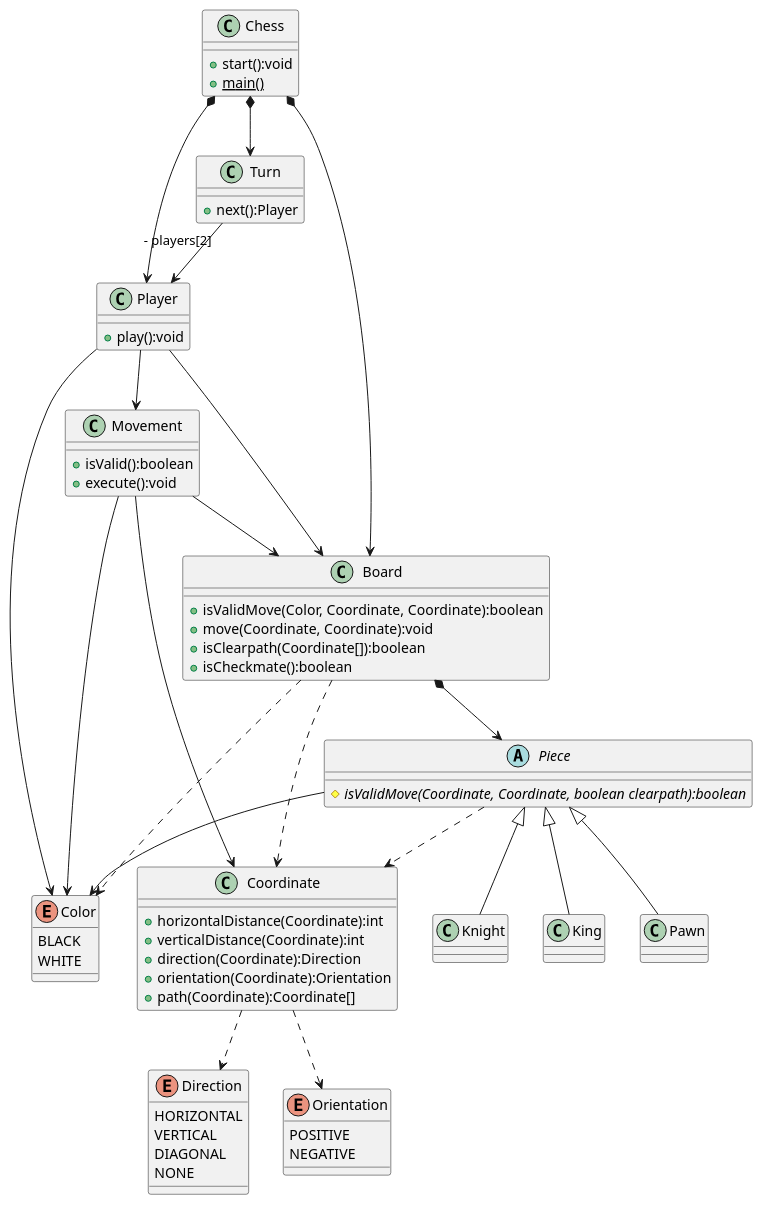
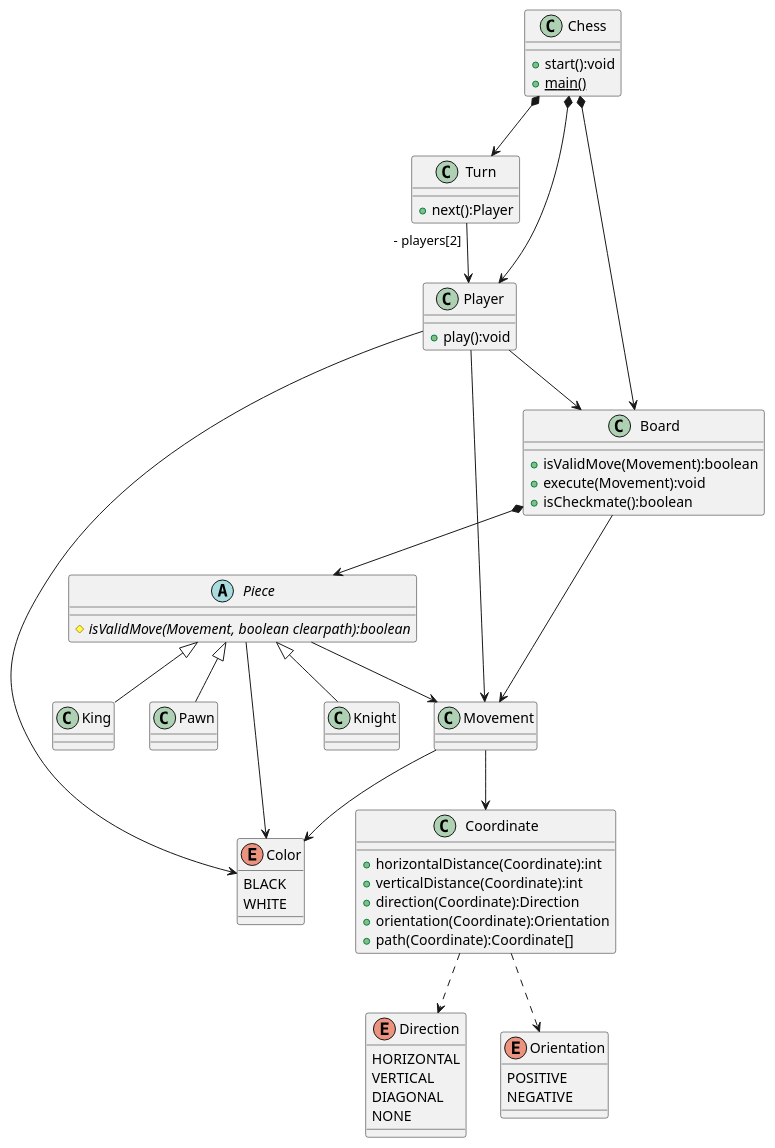
One commit to ioni5/chess changed the diagram in docs/chess.puml. Above: the diagram before and after it, drawn with PlantUML. The commit also changed 10 other files, not shown here.

```diff
--- a/docs/chess.puml
+++ b/docs/chess.puml
@@ -1,82 +1,75 @@
 @startuml chess
 
 class Chess {
     + start():void
     + {static} main()
 }
 
 Chess *--> Board
 Chess *--> Player
 Chess *--> Turn
 
 Turn "- players[2]" --> Player
 
 class Turn {
     + next():Player
 }
 
 Player --> Board
 Player --> Color
 Player --> Movement
 
 Movement --> Coordinate
 Movement --> Color
-Movement --> Board
 
-class Movement {
-    + isValid():boolean
-    + execute():void
-}
 
 class Player {
     + play():void
 }
 
 
 class Board {
-    + isValidMove(Color, Coordinate, Coordinate):boolean
-    + move(Coordinate, Coordinate):void
-    + isClearpath(Coordinate[]):boolean
+    + isValidMove(Movement):boolean
+    + execute(Movement):void
     + isCheckmate():boolean
 }
 
-Board ..> Coordinate
-Board ..> Color
 Board *--> Piece
+Board --> Movement
 Piece --> Color
-Piece ..> Coordinate
+Piece --> Movement
 
 abstract class Piece {
-    # {abstract} isValidMove(Coordinate, Coordinate, boolean clearpath):boolean
+    # {abstract} isValidMove(Movement, boolean clearpath):boolean
 }
 
 Piece <|-- Pawn
 Piece <|-- Knight
 Piece <|-- King
 
 Enum Color {
     BLACK
     WHITE
 }
 
 class Coordinate {
     + horizontalDistance(Coordinate):int
     + verticalDistance(Coordinate):int
     + direction(Coordinate):Direction
     + orientation(Coordinate):Orientation
     + path(Coordinate):Coordinate[]
 }
 Coordinate ..> Direction
 enum Direction {
     HORIZONTAL
     VERTICAL
     DIAGONAL
     NONE
 }
 Coordinate ..> Orientation
 enum Orientation {
     POSITIVE
     NEGATIVE
 }
 
 @enduml
```
